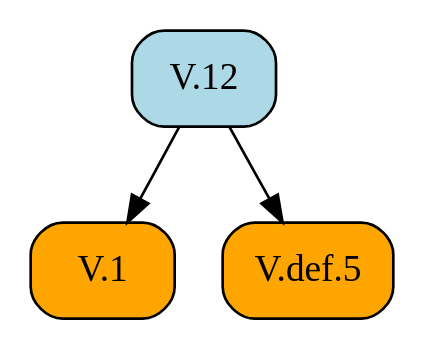
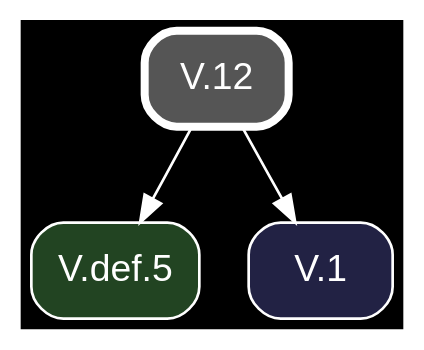
The diagram in docsrc/heath/V/12/index.rst (geometor/elements), drawn with Graphviz before and after one commit. The commit also changed other lines of this file and 1200 other files, not shown here.

Commit message:
update dependency graphs

```diff
--- a/docsrc/heath/V/12/index.rst
+++ b/docsrc/heath/V/12/index.rst
@@ -40,11 +40,13 @@
 .. graphviz::
 
    digraph {
+     bgcolor="black";
+     node [shape=box, style="rounded,filled", fontname="Helvetica", color="white", fontcolor="white"];
+     edge [color="white", fontcolor="white"];
      rankdir="TB";
-     node [shape=box, style=rounded];
-     "V.1" [style="rounded,filled", fillcolor=orange, URL="/heath/V/1/", target="_top"];
-     "V.def.5" [style="rounded,filled", fillcolor=orange, URL="/heath/V/def.5/", target="_top"];
-     "V.12" [style="rounded,filled", fillcolor=lightblue, URL="/heath/V/12/", target="_top"];
+     "V.def.5" [fillcolor="#224422", URL="/heath/V/def.5/", target="_top"];
+     "V.1" [fillcolor="#222244", URL="/heath/V/1/", target="_top"];
+     "V.12" [penwidth=3, color="white", fillcolor="#555555", URL="/heath/V/12/", target="_top"];
+     "V.12" -> "V.def.5";
      "V.12" -> "V.1";
-     "V.12" -> "V.def.5";
    }
```
